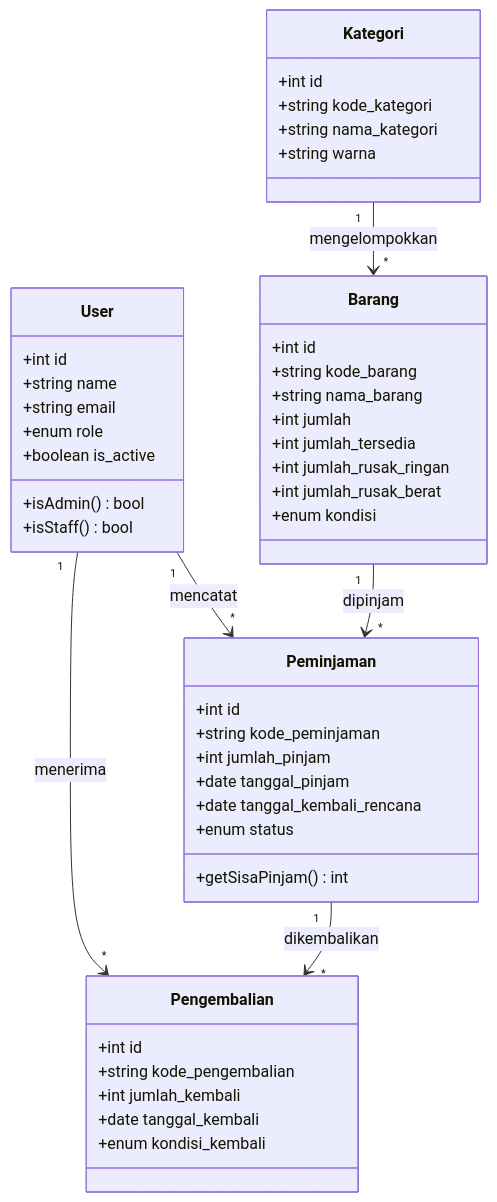
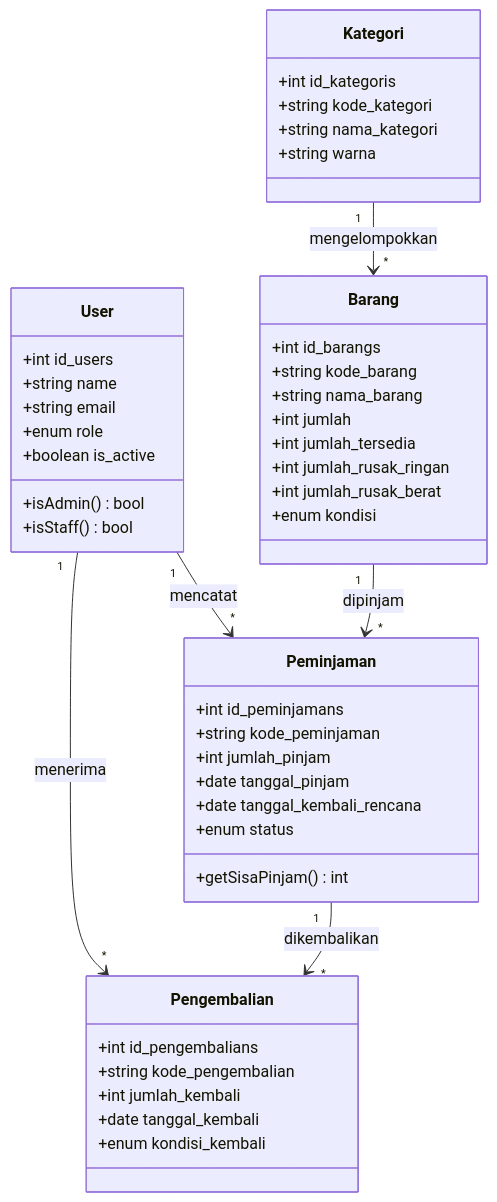
One commit to aikogansduniaakhirat/inventaris-barang changed the seventh of 7 diagrams in docs/ERD_AND_DIAGRAMS.md. Above: the diagram before and after it, drawn with Mermaid. The commit also changed other lines of this file and 16 other files, not shown here.

````diff
--- a/docs/ERD_AND_DIAGRAMS.md
+++ b/docs/ERD_AND_DIAGRAMS.md
@@ -247,54 +247,54 @@
 ```mermaid
 classDiagram
     class User {
-        +int id
+        +int id_users
         +string name
         +string email
         +enum role
         +boolean is_active
         +isAdmin() bool
         +isStaff() bool
     }
 
     class Kategori {
-        +int id
+        +int id_kategoris
         +string kode_kategori
         +string nama_kategori
         +string warna
     }
 
     class Barang {
-        +int id
+        +int id_barangs
         +string kode_barang
         +string nama_barang
         +int jumlah
         +int jumlah_tersedia
         +int jumlah_rusak_ringan
         +int jumlah_rusak_berat
         +enum kondisi
     }
 
     class Peminjaman {
-        +int id
+        +int id_peminjamans
         +string kode_peminjaman
         +int jumlah_pinjam
         +date tanggal_pinjam
         +date tanggal_kembali_rencana
         +enum status
         +getSisaPinjam() int
     }
 
     class Pengembalian {
-        +int id
+        +int id_pengembalians
         +string kode_pengembalian
         +int jumlah_kembali
         +date tanggal_kembali
         +enum kondisi_kembali
     }
 
     User "1" --> "*" Peminjaman : mencatat
     User "1" --> "*" Pengembalian : menerima
     Kategori "1" --> "*" Barang : mengelompokkan
     Barang "1" --> "*" Peminjaman : dipinjam
     Peminjaman "1" --> "*" Pengembalian : dikembalikan
 ```
````
